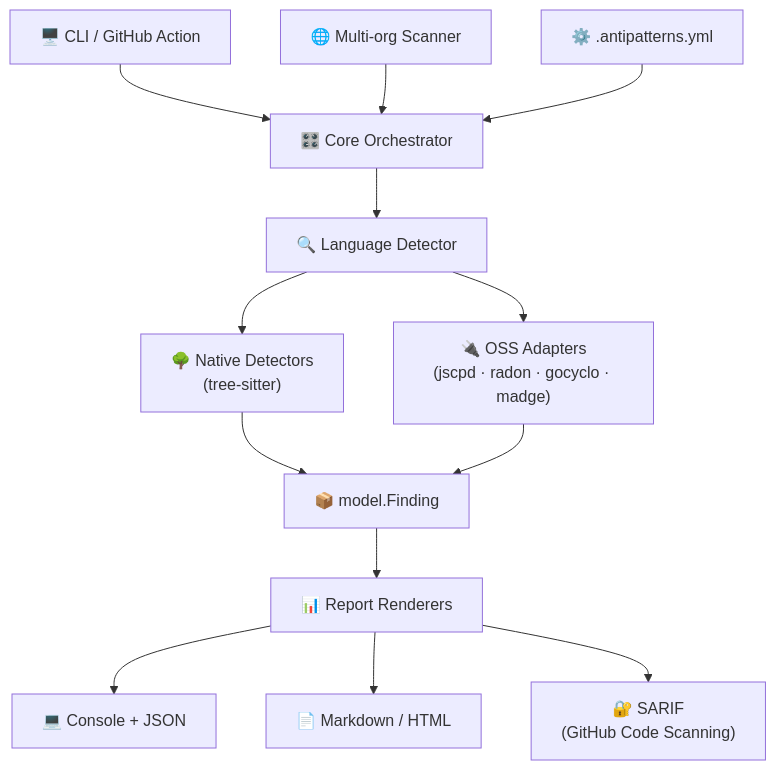
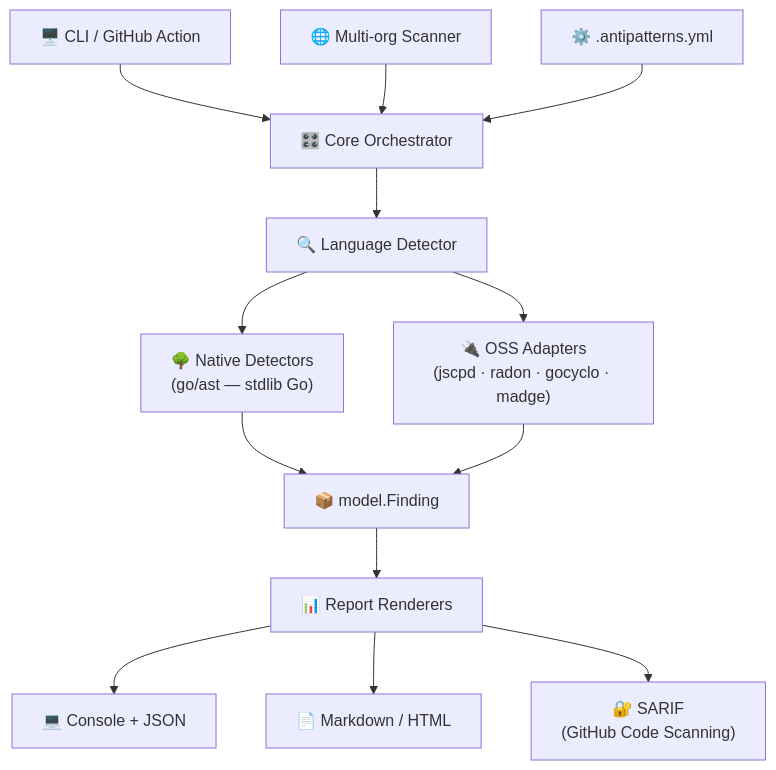
Before and after one commit to Ka0s-Klaus/klaus-antipatterns-search: the diagram in README.md, drawn with Mermaid. The commit also changed other lines of this file and 3 other files, not shown here.

First line of the commit message:
docs: corregir referencias técnicas (go/ast vs tree-sitter) y añadir Fase 6 (#17)

````diff
--- a/README.md
+++ b/README.md
@@ -36,16 +36,16 @@
 ```mermaid
 graph TD
     CLI["🖥️ CLI / GitHub Action"] --> CORE["🎛️ Core Orchestrator"]
     CORE --> LANG["🔍 Language Detector"]
-    LANG --> NATIVE["🌳 Native Detectors\n(tree-sitter)"]
+    LANG --> NATIVE["🌳 Native Detectors\n(go/ast — stdlib Go)"]
     LANG --> ADAPTERS["🔌 OSS Adapters\n(jscpd · radon · gocyclo · madge)"]
     NATIVE --> MODEL["📦 model.Finding"]
     ADAPTERS --> MODEL
     MODEL --> REPORT["📊 Report Renderers"]
     REPORT --> CONSOLE["💻 Console + JSON"]
     REPORT --> MARKDOWN["📄 Markdown / HTML"]
     REPORT --> SARIF["🔐 SARIF\n(GitHub Code Scanning)"]
 
     SCAN["🌐 Multi-org Scanner"] --> CORE
     CONFIG["⚙️ .antipatterns.yml"] --> CORE
 ```
````
